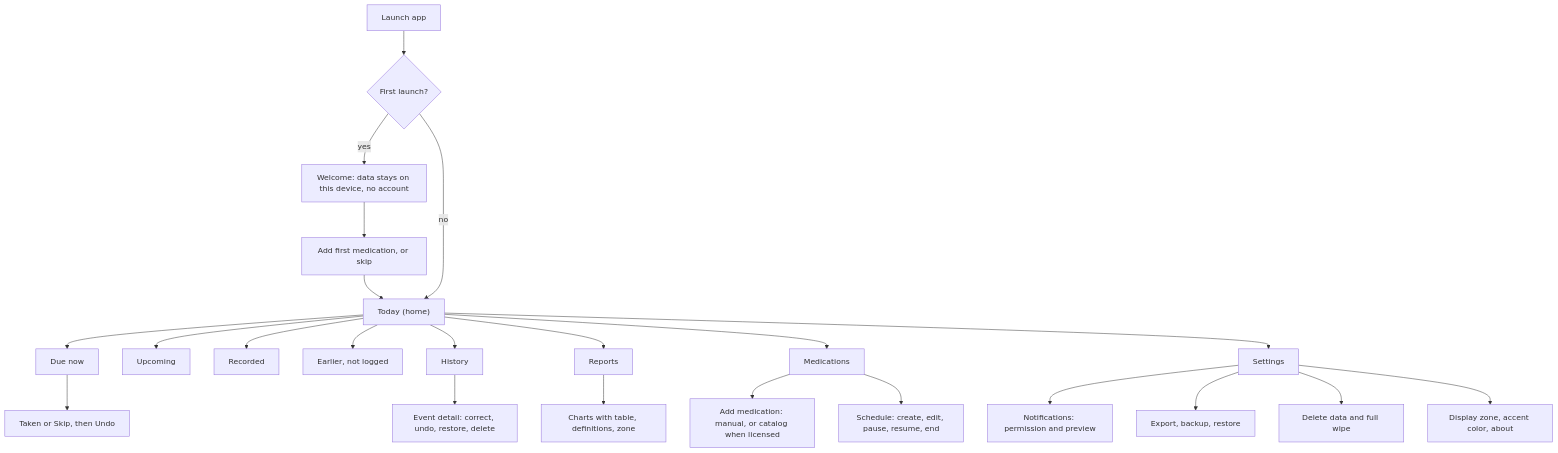
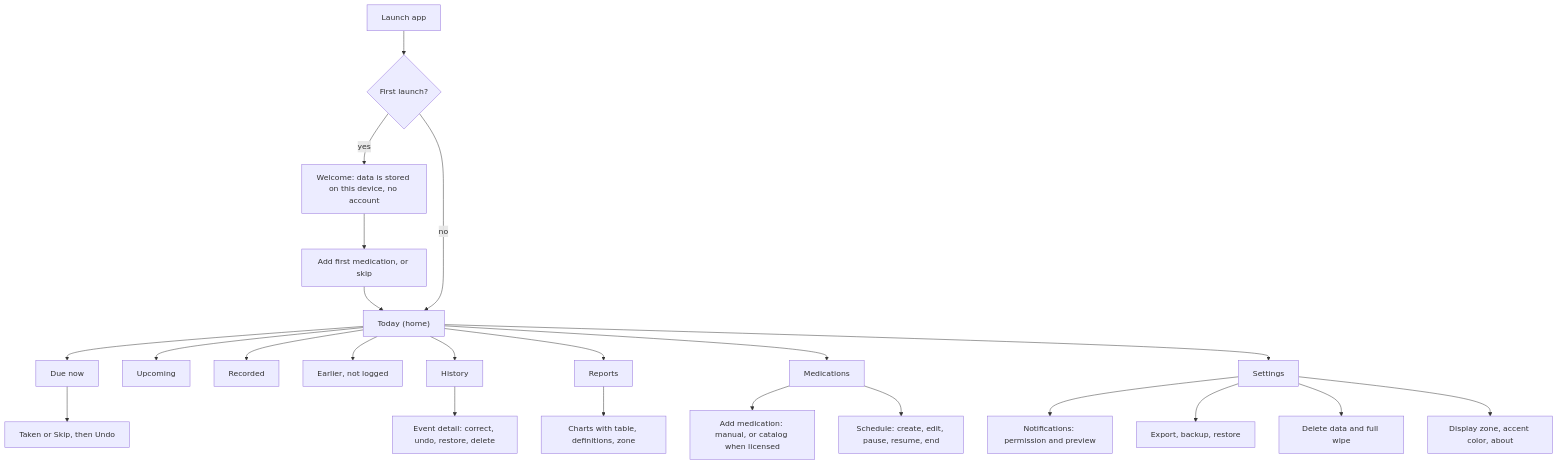
Before and after one commit to riogrande100/medtracker: the first of 8 diagrams in docs/ux-journeys.md, drawn with Mermaid. The commit also changed other lines of this file and 52 other files, not shown here.

````diff
--- a/docs/ux-journeys.md
+++ b/docs/ux-journeys.md
@@ -24,25 +24,25 @@
 ```mermaid
 flowchart TD
   A["Launch app"] --> B{"First launch?"}
-  B -- yes --> C["Welcome: data stays on this device, no account"]
+  B -- yes --> C["Welcome: data is stored on this device, no account"]
   C --> D["Add first medication, or skip"]
   D --> T
   B -- no --> T["Today (home)"]
   T --> T1["Due now"]
   T --> T2["Upcoming"]
   T --> T3["Recorded"]
   T --> T4["Earlier, not logged"]
   T1 --> L["Taken or Skip, then Undo"]
   T --> H["History"]
   T --> R["Reports"]
   T --> M["Medications"]
   T --> S["Settings"]
   M --> M1["Add medication: manual, or catalog when licensed"]
   M --> M2["Schedule: create, edit, pause, resume, end"]
   H --> H1["Event detail: correct, undo, restore, delete"]
   R --> R1["Charts with table, definitions, zone"]
   S --> S1["Notifications: permission and preview"]
   S --> S2["Export, backup, restore"]
   S --> S3["Delete data and full wipe"]
   S --> S4["Display zone, accent color, about"]
 ```
````
